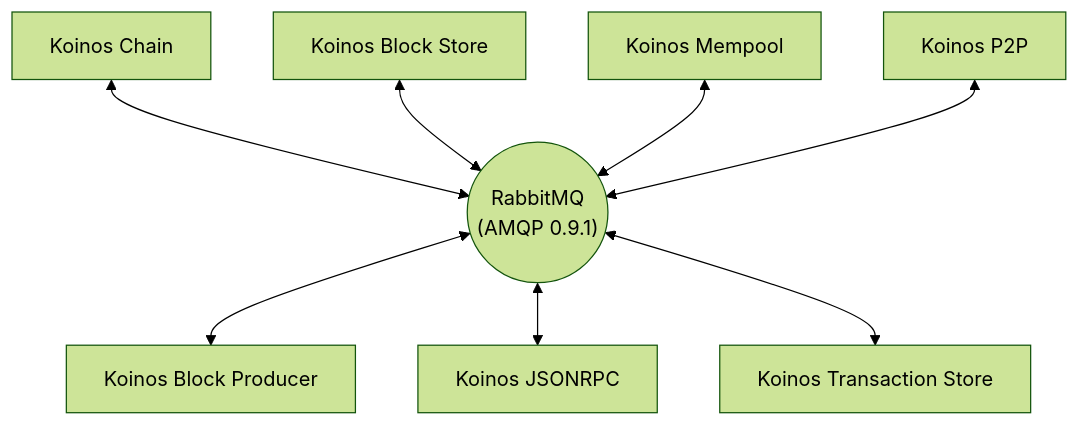
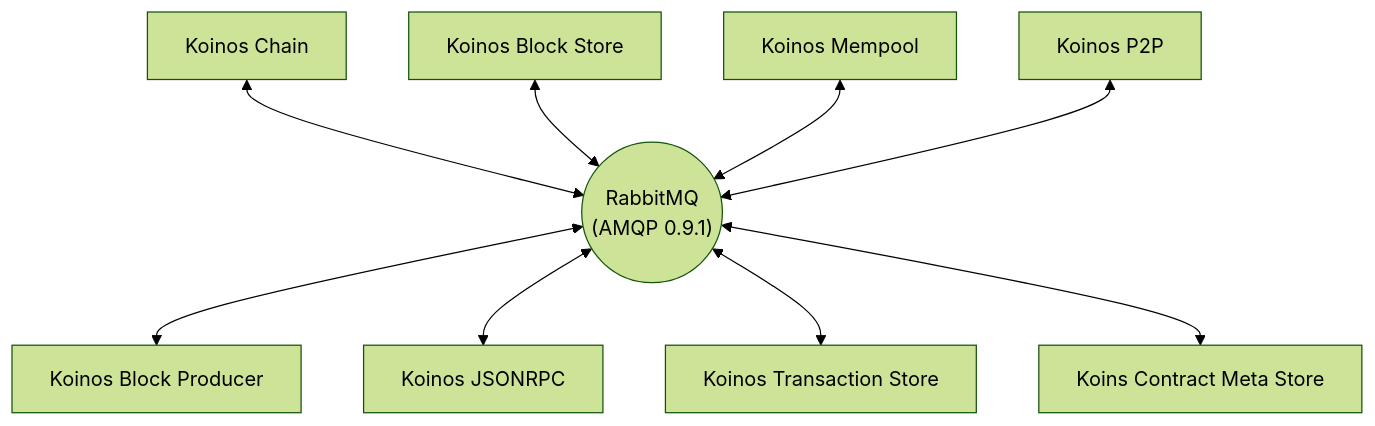
Before and after one commit to koinos/koinos-docs: the diagram in docs/architecture/microservice.md, drawn with Mermaid (forest theme). The commit also changed other lines of this file and 5 other files, not shown here.

````diff
--- a/docs/architecture/microservice.md
+++ b/docs/architecture/microservice.md
@@ -25,11 +26,12 @@
 ```mermaid::
 
    flowchart
       B[Koinos Chain] <--> A(("RabbitMQ\n(AMQP 0.9.1)"))
       C[Koinos Block Store] <--> A
       D[Koinos Mempool] <--> A
       E[Koinos P2P] <--> A
       A <--> F[Koinos Block Producer]
       A <--> G[Koinos JSONRPC]
       A <--> H[Koinos Transaction Store]
+      A <--> I[Koins Contract Meta Store]
 ```
````
